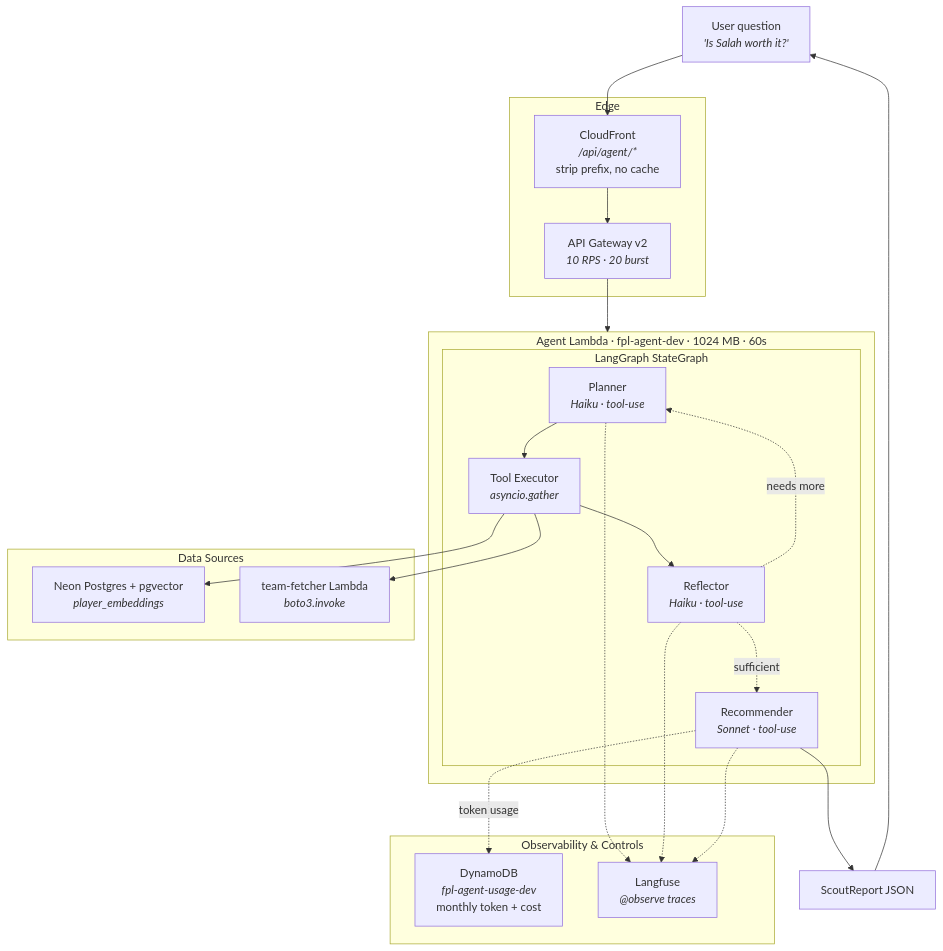
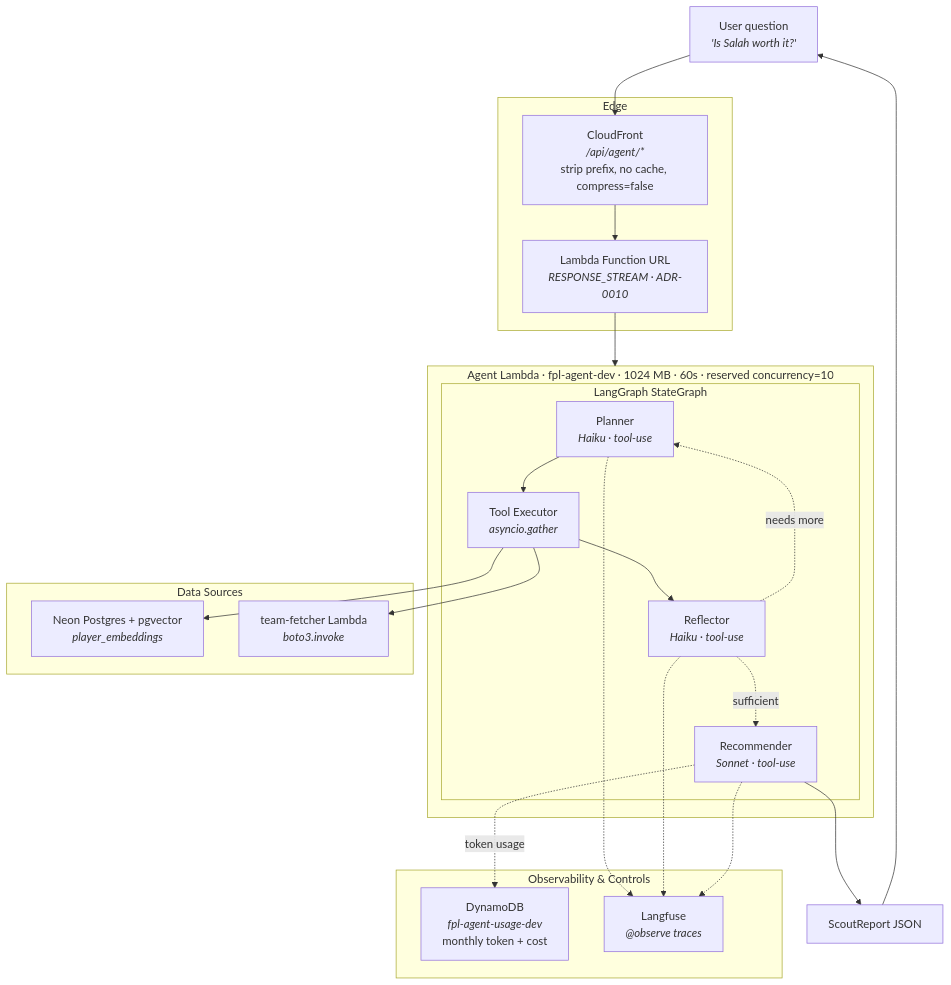
The first of 2 diagrams in docs/architecture/agent-architecture.md (ikuzuki/fpl-platform), drawn with Mermaid before and after one commit. The commit also changed other lines of this file and 27 other files, not shown here.

First line of the commit message:
feat(agent): FastAPI routes + SSE streaming + budget/rate-limit (#117)

````diff
--- a/docs/architecture/agent-architecture.md
+++ b/docs/architecture/agent-architecture.md
@@ -9,42 +9,42 @@
 ```mermaid
 graph TB
     USER["User question<br/><i>'Is Salah worth it?'</i>"]
 
     subgraph Edge["Edge"]
-        CF["CloudFront<br/><i>/api/agent/*</i><br/>strip prefix, no cache"]
-        APIGW["API Gateway v2<br/><i>10 RPS · 20 burst</i>"]
+        CF["CloudFront<br/><i>/api/agent/*</i><br/>strip prefix, no cache, compress=false"]
+        FU["Lambda Function URL<br/><i>RESPONSE_STREAM · ADR-0010</i>"]
     end
 
-    subgraph Lambda["Agent Lambda · fpl-agent-dev · 1024 MB · 60s"]
+    subgraph Lambda["Agent Lambda · fpl-agent-dev · 1024 MB · 60s · reserved concurrency=10"]
         subgraph Graph["LangGraph StateGraph"]
             PLAN["Planner<br/><i>Haiku · tool-use</i>"]
             EXEC["Tool Executor<br/><i>asyncio.gather</i>"]
             REFL["Reflector<br/><i>Haiku · tool-use</i>"]
             REC["Recommender<br/><i>Sonnet · tool-use</i>"]
         end
     end
 
     subgraph Data["Data Sources"]
         NEON["Neon Postgres + pgvector<br/><i>player_embeddings</i>"]
         TF["team-fetcher Lambda<br/><i>boto3.invoke</i>"]
     end
 
     subgraph Obs["Observability & Controls"]
         DDB["DynamoDB<br/><i>fpl-agent-usage-dev</i><br/>monthly token + cost"]
         LF["Langfuse<br/><i>@observe traces</i>"]
     end
 
-    USER --> CF --> APIGW --> Lambda
+    USER --> CF --> FU --> Lambda
     PLAN --> EXEC --> REFL
     REFL -.needs more.-> PLAN
     REFL -.sufficient.-> REC
     EXEC --> NEON
     EXEC --> TF
     PLAN -.-> LF
     REFL -.-> LF
     REC -.-> LF
     REC -.token usage.-> DDB
 
     REC --> RESPONSE["ScoutReport JSON"]
     RESPONSE --> USER
 ```
````
